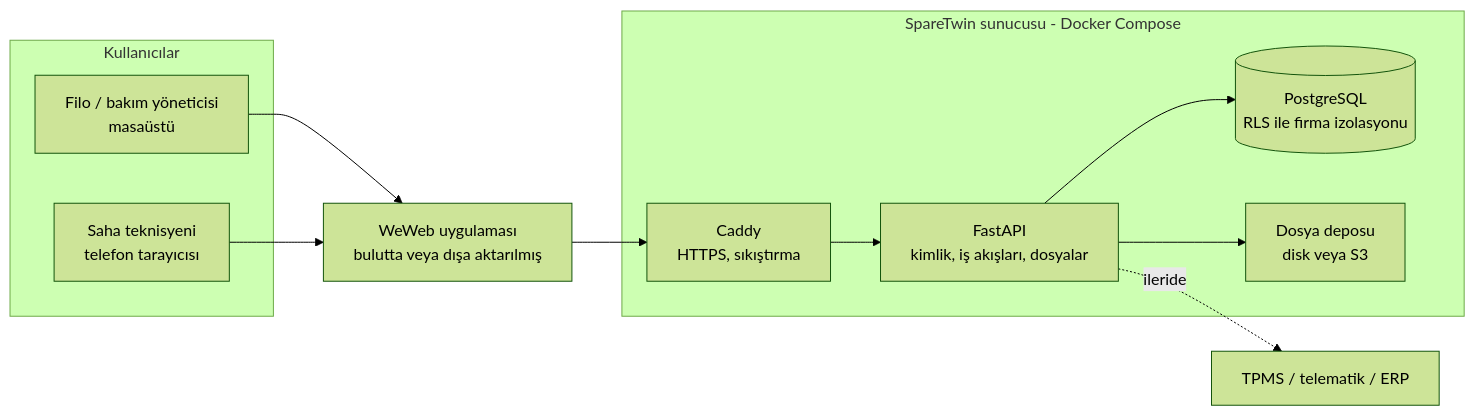
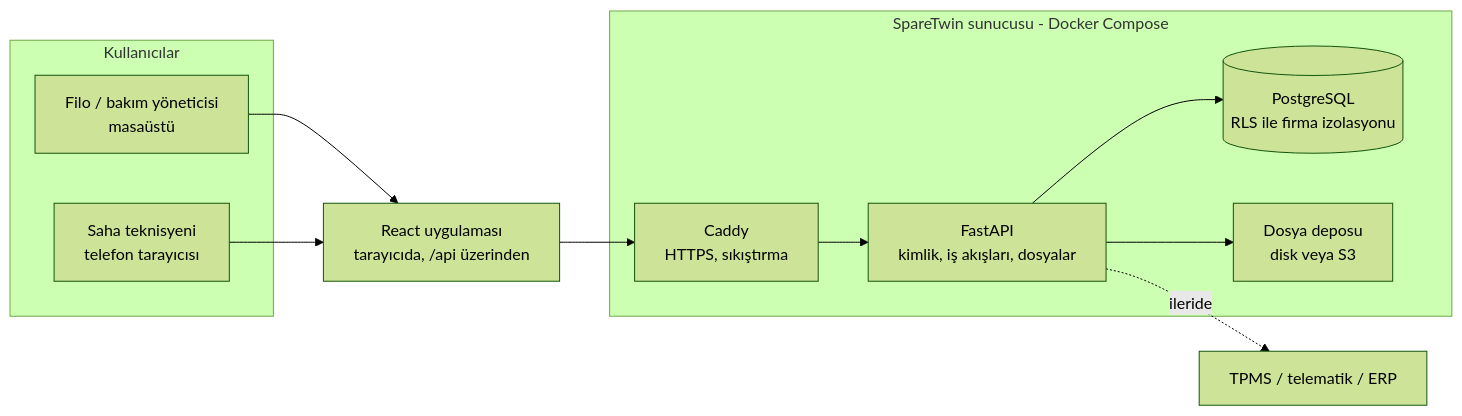
One commit to Mozagil/SpareTwin changed the first of 2 diagrams in docs/02-mimari.md. Above: the diagram before and after it, drawn with Mermaid (forest theme). The commit also changed other lines of this file and 56 other files, not shown here.

````diff
--- a/docs/02-mimari.md
+++ b/docs/02-mimari.md
@@ -5,20 +5,20 @@
 ```mermaid
 flowchart LR
   subgraph Kullanici[Kullanıcılar]
     Y[Filo / bakım yöneticisi<br/>masaüstü]
     S[Saha teknisyeni<br/>telefon tarayıcısı]
   end
 
-  W[WeWeb uygulaması<br/>bulutta veya dışa aktarılmış]
+  W[React uygulaması<br/>tarayıcıda, /api üzerinden]
 
   subgraph Sunucu[SpareTwin sunucusu - Docker Compose]
     C[Caddy<br/>HTTPS, sıkıştırma]
     A[FastAPI<br/>kimlik, iş akışları, dosyalar]
     D[(PostgreSQL<br/>RLS ile firma izolasyonu)]
     M[Dosya deposu<br/>disk veya S3]
   end
 
   Y & S --> W --> C --> A --> D
   A --> M
   A -.ileride.-> X[TPMS / telematik / ERP]
 ```
````
